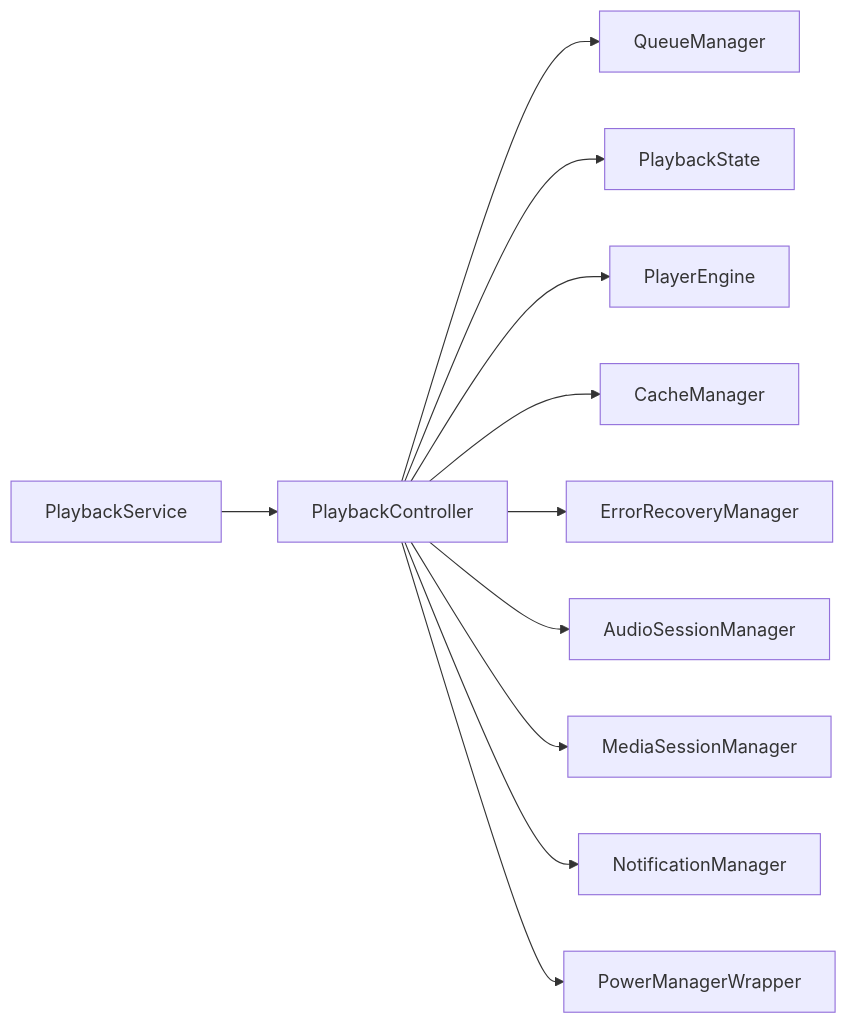
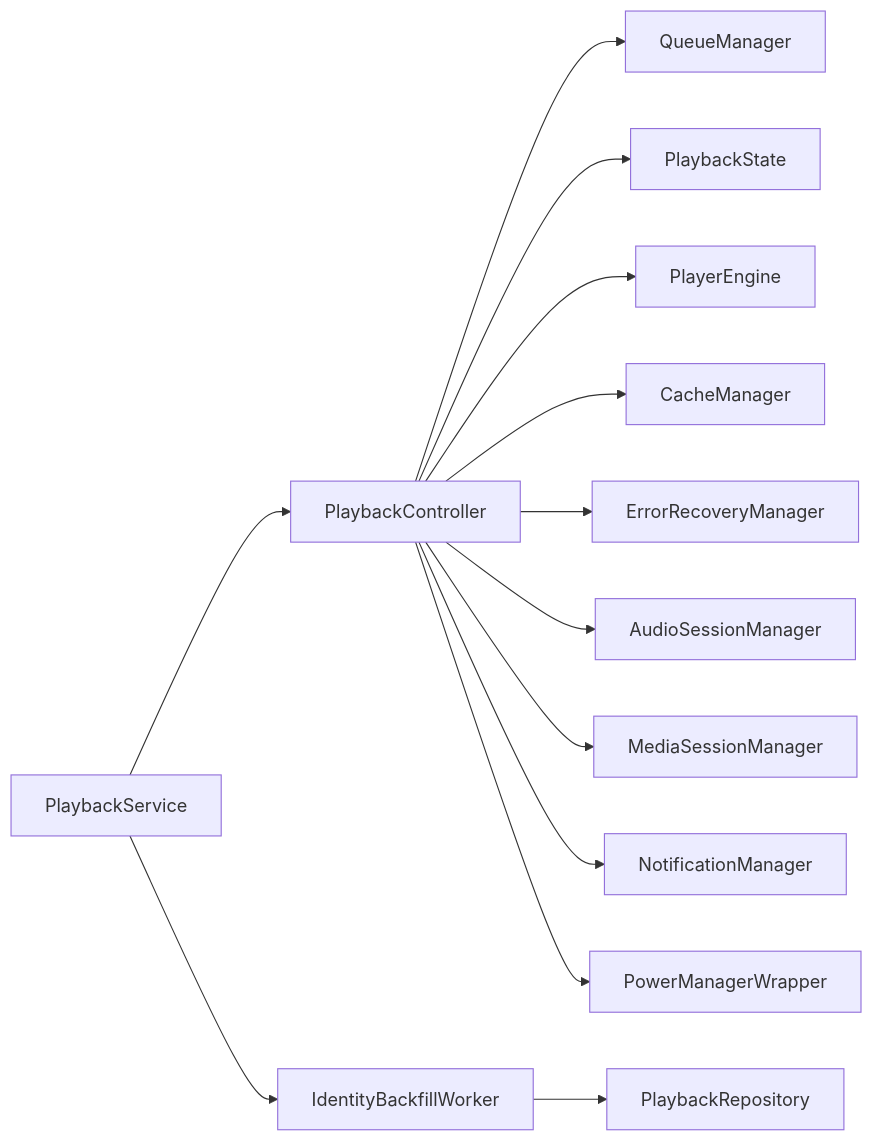
One commit to ysyhlly/Yukine-android changed the seventh of 7 diagrams in .qoder/repowiki/zh/content/播放系统/播放系统.md. Above: the diagram before and after it, drawn with Mermaid. The commit also changed other lines of this file and 158 other files, not shown here.

````diff
--- a/.qoder/repowiki/zh/content/播放系统/播放系统.md
+++ b/.qoder/repowiki/zh/content/播放系统/播放系统.md
@@ -472,13 +543,15 @@
 ```mermaid
 graph LR
 PService["PlaybackService"] --> PController["PlaybackController"]
+PService --> IdentityWorker["IdentityBackfillWorker"]
 PController --> QueueMgr["QueueManager"]
 PController --> State["PlaybackState"]
 PController --> PlayerEng["PlayerEngine"]
 PController --> CacheMgr["CacheManager"]
 PController --> ErrRec["ErrorRecoveryManager"]
 PController --> AudioSess["AudioSessionManager"]
 PController --> MediaSess["MediaSessionManager"]
 PController --> Notify["NotificationManager"]
 PController --> PowerWrap["PowerManagerWrapper"]
+IdentityWorker --> Repo["PlaybackRepository"]
 ```
````
